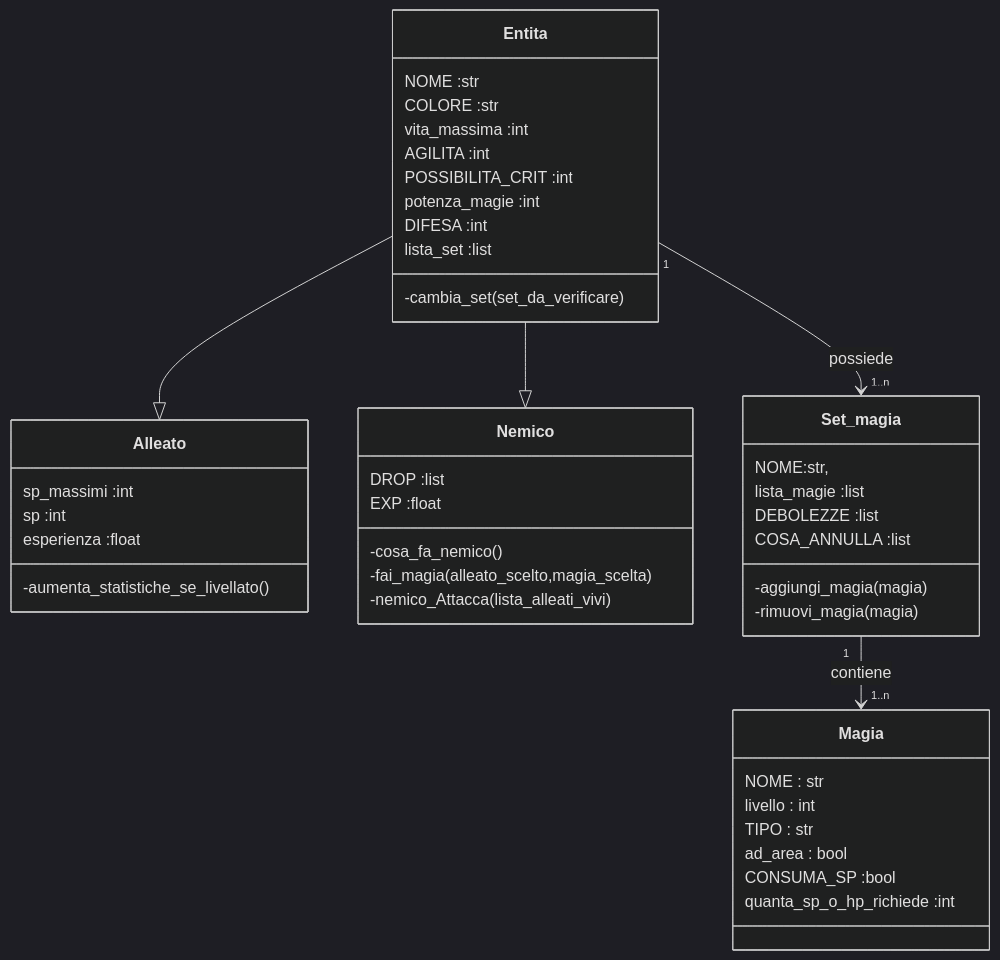
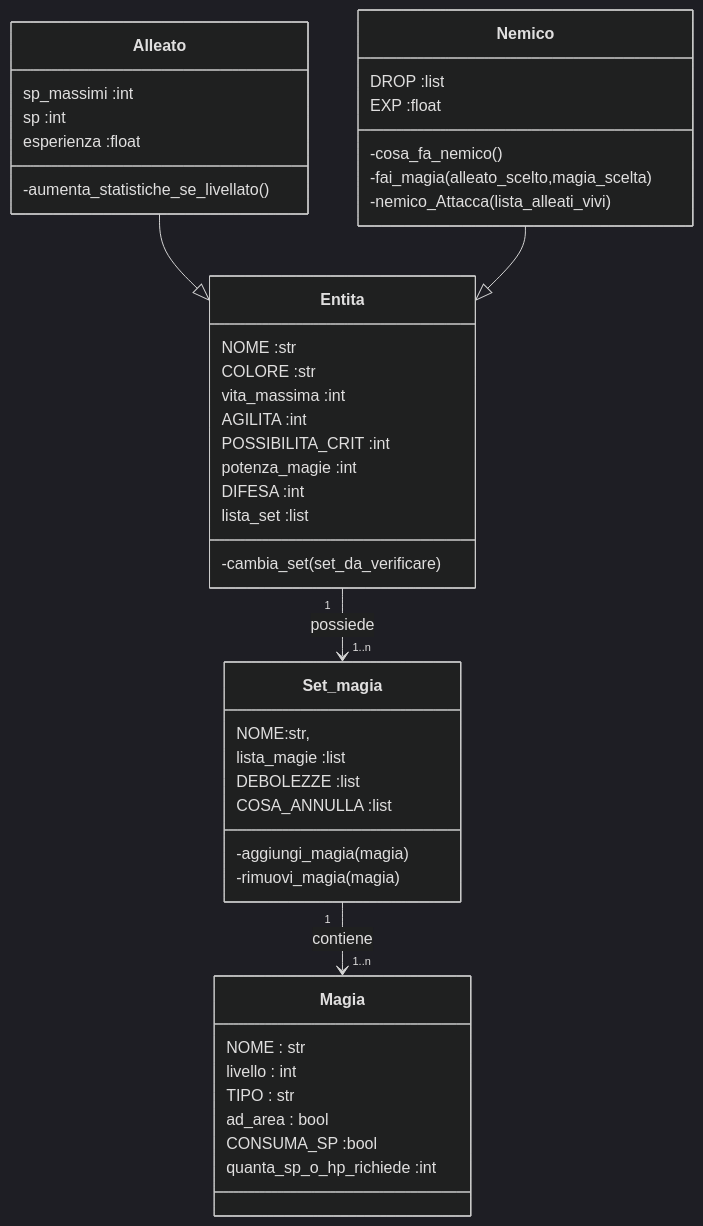
One commit to MarcoArlotti/A_simple_JRPG_on_the_CMD_RE-COMMITTED changed the diagram in uml/game_logic.md. Above: the diagram before and after it, drawn with Mermaid (dark theme). The commit also changed 9 other files, not shown here.

````diff
--- a/uml/game_logic.md
+++ b/uml/game_logic.md
@@ -1,53 +1,53 @@
 ```mermaid
 classDiagram
-Entita --|> Alleato
-Entita --|> Nemico
+Alleato --|> Entita
+Nemico --|> Entita
 Entita "1"--> "1..n" Set_magia :possiede
 Set_magia "1" --> "1..n" Magia :contiene
 
 class Entita {
     NOME :str
     COLORE :str
     vita_massima :int
     AGILITA :int
     POSSIBILITA_CRIT :int
     potenza_magie :int
     DIFESA :int
     lista_set :list
     -cambia_set(set_da_verificare)
 }
 
 class Alleato {
     sp_massimi :int
     sp :int
     esperienza :float
     -aumenta_statistiche_se_livellato()
 }
 
 class Nemico{
     DROP :list
     EXP :float
     -cosa_fa_nemico()
     -fai_magia(alleato_scelto,magia_scelta)
     -nemico_Attacca(lista_alleati_vivi)
 }
 
 class Set_magia {
     NOME:str,
     lista_magie :list
     DEBOLEZZE :list
     COSA_ANNULLA :list
     -aggiungi_magia(magia)
     -rimuovi_magia(magia)
 }
 
 class Magia {
     NOME : str
     livello : int
     TIPO : str
     ad_area : bool
     CONSUMA_SP :bool
     quanta_sp_o_hp_richiede :int
     
 }
 ```
````
